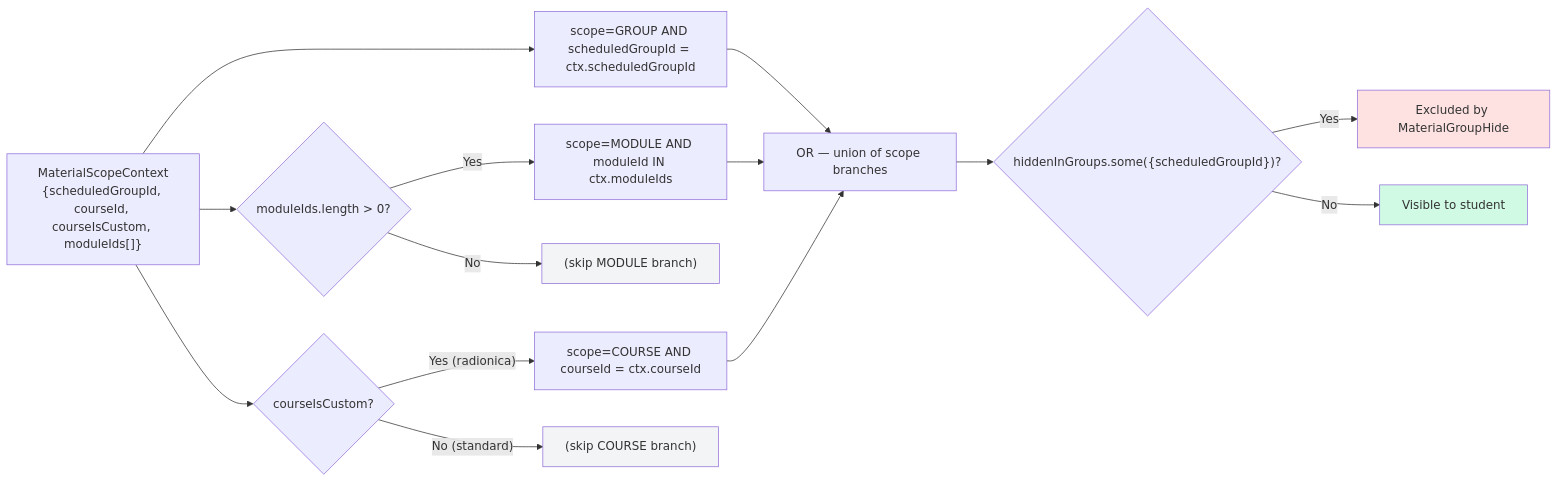
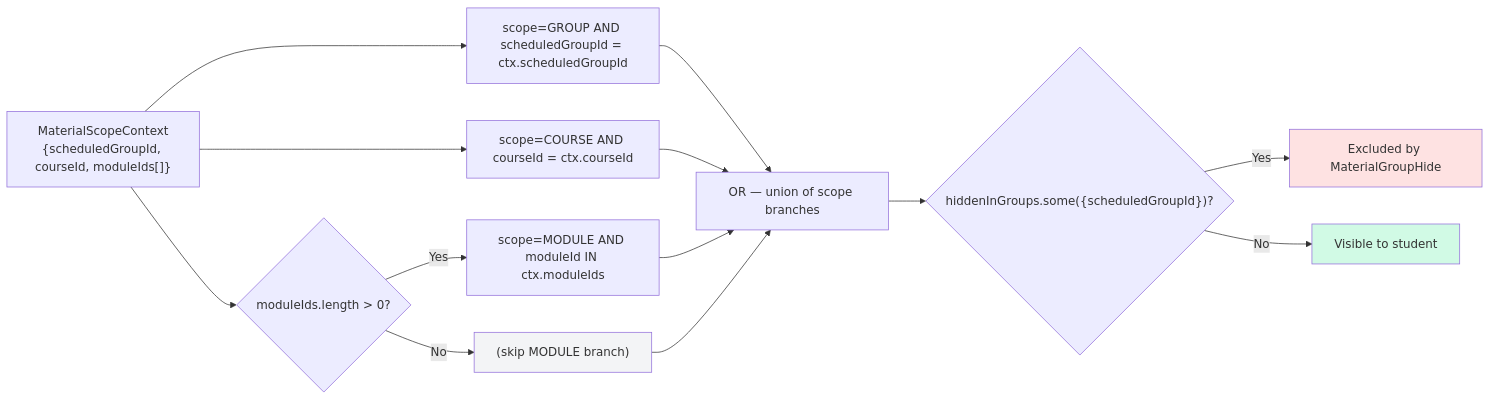
The third of 3 diagrams in docs/diagrams/material-scope.md (jpucic00/inovatic), drawn with Mermaid before and after one commit. The commit also changed other lines of this file and 7 other files, not shown here.

First line of the commit message:
P7: Consolidate diagrams 9→6 and resync stale content

````diff
--- a/docs/diagrams/material-scope.md
+++ b/docs/diagrams/material-scope.md
@@ -68,24 +68,22 @@
 ```mermaid
 flowchart LR
-    CTX["MaterialScopeContext<br/>{scheduledGroupId, courseId, courseIsCustom, moduleIds[]}"]
+    CTX["MaterialScopeContext<br/>{scheduledGroupId, courseId, moduleIds[]}"]
     CTX --> B1["scope=GROUP AND scheduledGroupId = ctx.scheduledGroupId"]
+    CTX --> B3["scope=COURSE AND courseId = ctx.courseId"]
     CTX --> Q1{"moduleIds.length > 0?"}
     Q1 -->|Yes| B2["scope=MODULE AND moduleId IN ctx.moduleIds"]
     Q1 -->|No| SK1["(skip MODULE branch)"]
-    CTX --> Q2{"courseIsCustom?"}
-    Q2 -->|"Yes (radionica)"| B3["scope=COURSE AND courseId = ctx.courseId"]
-    Q2 -->|"No (standard)"| SK2["(skip COURSE branch)"]
 
     B1 --> UNION["OR — union of scope branches"]
     B2 --> UNION
     B3 --> UNION
+    SK1 --> UNION
 
     UNION --> HIDE{"hiddenInGroups.some({scheduledGroupId})?"}
     HIDE -->|Yes| HIDDEN["Excluded by MaterialGroupHide"]
     HIDE -->|No| VISIBLE["Visible to student"]
 
     style VISIBLE fill:#d1fae5
     style HIDDEN fill:#fee2e2
     style SK1 fill:#f3f4f6
-    style SK2 fill:#f3f4f6
 ```
````
